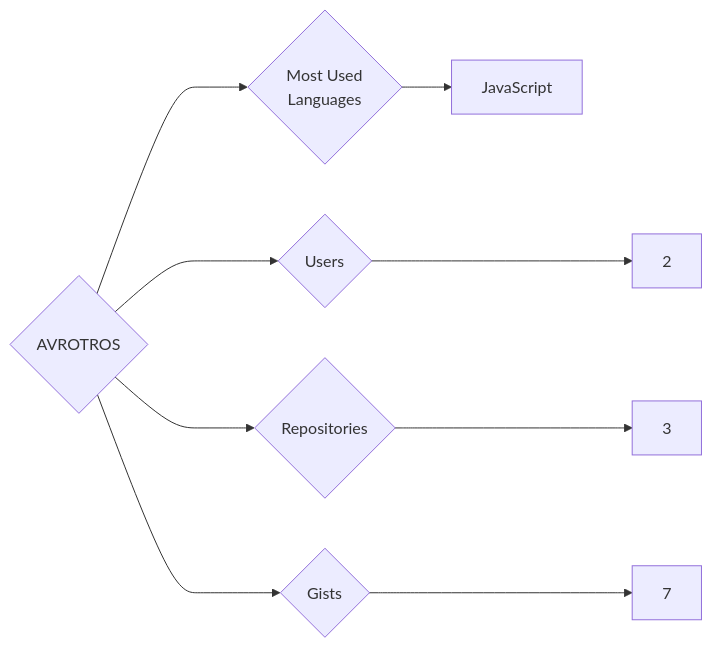
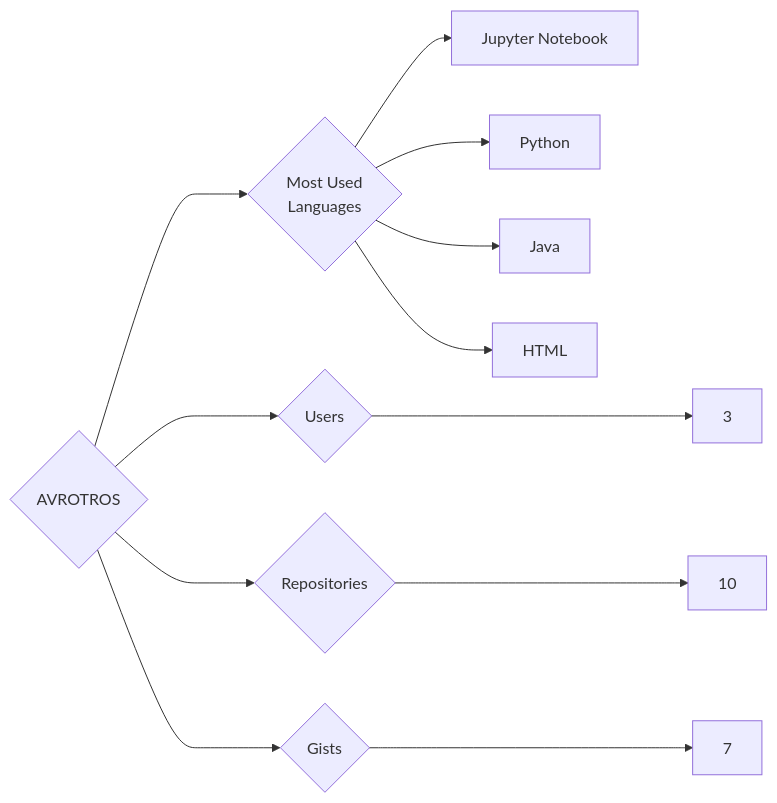
The diagram in targets/AVROTROS/README.md (trickest/insiders), drawn with Mermaid before and after one commit. The commit also changed 594 other files, not shown here.

````diff
--- a/targets/AVROTROS/README.md
+++ b/targets/AVROTROS/README.md
@@ -3,9 +3,12 @@
 ```mermaid
 graph LR
 COMPANY_NAME{AVROTROS}
-COMPANY_NAME ---> U{Users} ---> UN[2]
-COMPANY_NAME ---> R{Repositories} ---> RN[3]
+COMPANY_NAME ---> U{Users} ---> UN[3]
+COMPANY_NAME ---> R{Repositories} ---> RN[10]
 COMPANY_NAME ---> G{Gists} ---> GN[7]
 COMPANY_NAME ---> ML{Most Used<br>Languages}
-ML --> JavaScript[JavaScript]
+ML --> Jupyter_Notebook[Jupyter Notebook]
+ML --> Python[Python]
+ML --> Java[Java]
+ML --> HTML[HTML]
 ```
````
